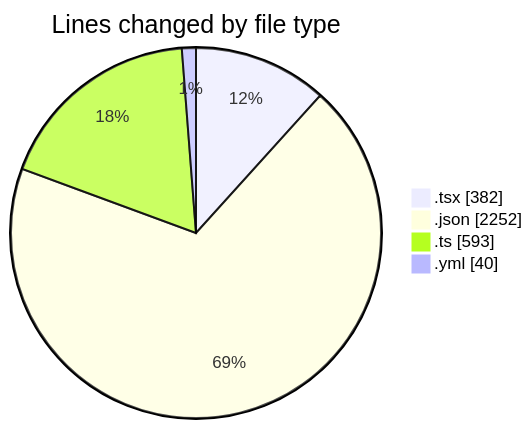
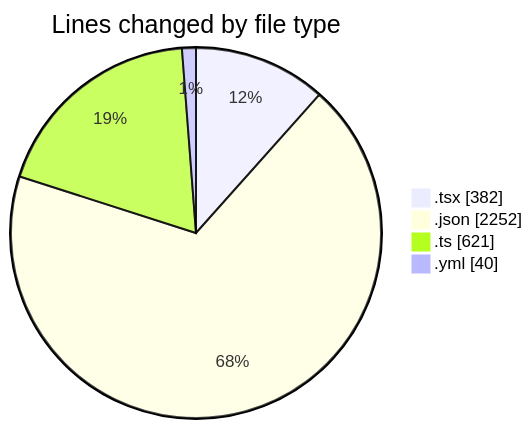
Before and after one commit to julien-gomy/code-tracking: the first of 2 diagrams in 2025-11-28/eventscop-frontend-guide__workspace_/README.md, drawn with Mermaid. The commit also changed other lines of this file and 1 other file, not shown here.

````diff
--- a/2025-11-28/eventscop-frontend-guide__workspace_/README.md
+++ b/2025-11-28/eventscop-frontend-guide__workspace_/README.md
@@ -29,8 +29,8 @@
 ```mermaid
 pie showData
 title Lines changed by file type
 ".tsx" : 382
 ".json" : 2252
-".ts" : 593
+".ts" : 621
 ".yml" : 40
 ```
````
